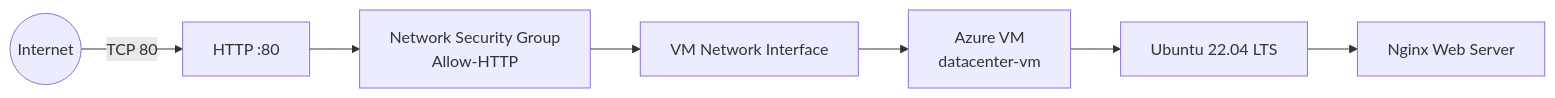
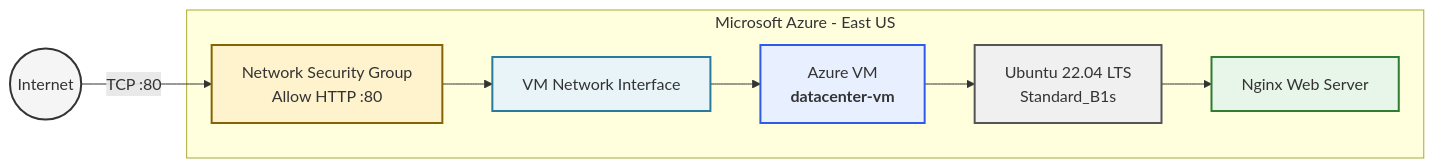
One commit to aman-khadiya/cloud-labs changed the diagram in Azure/Virtual-Machines/23-Create-VM-with-Nginx/README.md. Above: the diagram before and after it, drawn with Mermaid.

Commit message:
Add Azure VM Nginx web server lab

````diff
--- a/Azure/Virtual-Machines/23-Create-VM-with-Nginx/README.md
+++ b/Azure/Virtual-Machines/23-Create-VM-with-Nginx/README.md
@@ -78,17 +78,25 @@
 ```mermaid
 flowchart LR
     Internet((Internet))
-    HTTP["HTTP :80"]
-    NSG["Network Security Group<br/>Allow-HTTP"]
-    NIC["VM Network Interface"]
-    VM["Azure VM<br/>datacenter-vm"]
-    OS["Ubuntu 22.04 LTS"]
-    NGINX["Nginx Web Server"]
 
-    Internet -->|TCP 80| HTTP
-    HTTP --> NSG
+    subgraph Azure["Microsoft Azure - East US"]
+        NSG["Network Security Group<br/>Allow HTTP :80"]
+        NIC["VM Network Interface"]
+        VM["Azure VM<br/><b>datacenter-vm</b>"]
+        OS["Ubuntu 22.04 LTS<br/>Standard_B1s"]
+        NGINX["Nginx Web Server"]
+    end
+
+    Internet -->|"TCP :80"| NSG
     NSG --> NIC
     NIC --> VM
     VM --> OS
     OS --> NGINX
+
+    style Internet fill:#f5f5f5,stroke:#333,stroke-width:2px
+    style NSG fill:#fff3cd,stroke:#856404,stroke-width:2px
+    style NIC fill:#e8f4f8,stroke:#287b9a,stroke-width:2px
+    style VM fill:#e8f0ff,stroke:#2f5bea,stroke-width:2px
+    style OS fill:#f0f0f0,stroke:#555,stroke-width:2px
+    style NGINX fill:#e8f5e9,stroke:#2e7d32,stroke-width:2px
 ```
````
